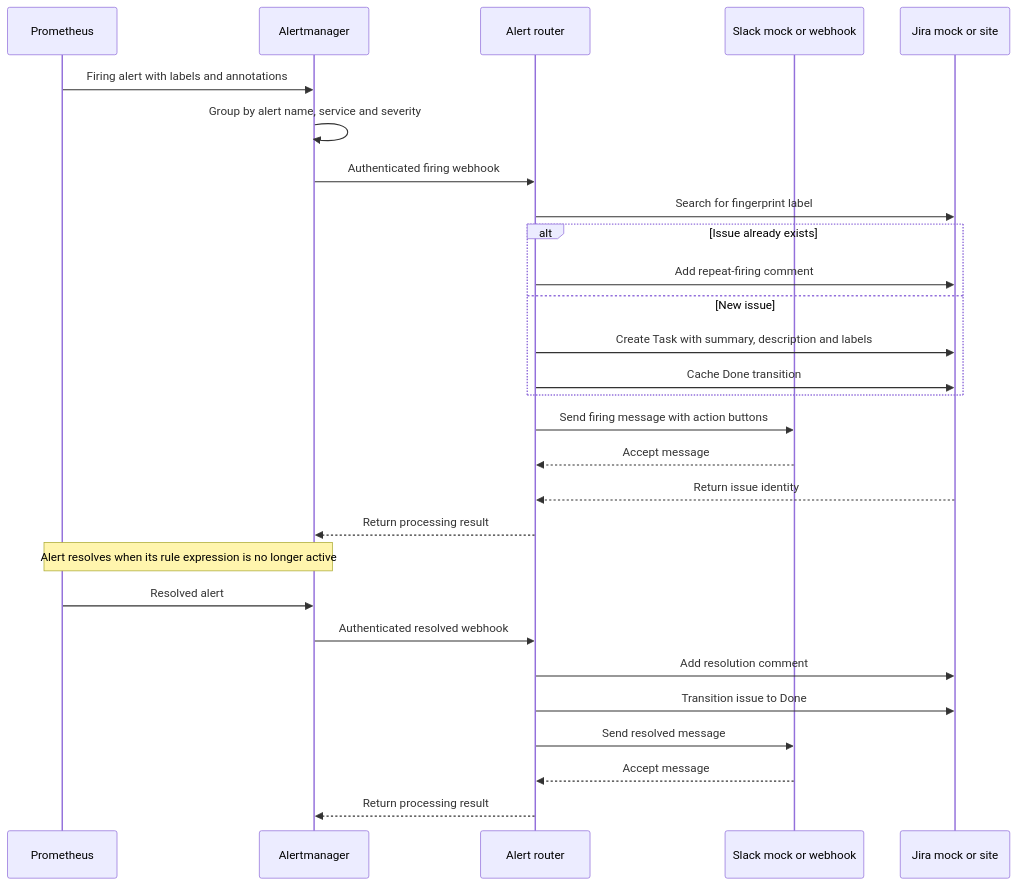
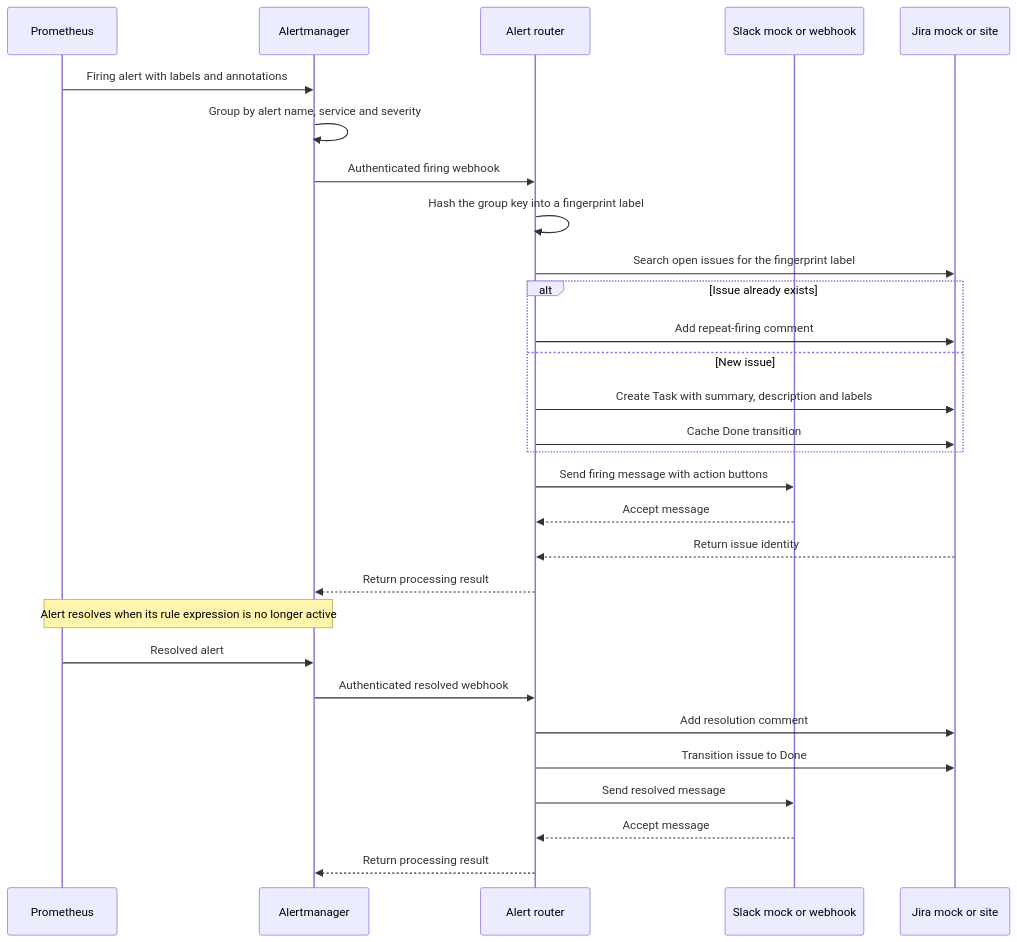
The diagram in docs/alerting-flow.md (siiick-brain/Cloudops-Sentinel), drawn with Mermaid before and after one commit. The commit also changed other lines of this file and 12 other files, not shown here.

````diff
--- a/docs/alerting-flow.md
+++ b/docs/alerting-flow.md
@@ -5,31 +5,32 @@
 ```mermaid
 sequenceDiagram
   participant P as Prometheus
   participant A as Alertmanager
   participant R as Alert router
   participant S as Slack mock or webhook
   participant J as Jira mock or site
 
   P->>A: Firing alert with labels and annotations
   A->>A: Group by alert name, service and severity
   A->>R: Authenticated firing webhook
-  R->>J: Search for fingerprint label
+  R->>R: Hash the group key into a fingerprint label
+  R->>J: Search open issues for the fingerprint label
   alt Issue already exists
     R->>J: Add repeat-firing comment
   else New issue
     R->>J: Create Task with summary, description and labels
     R->>J: Cache Done transition
   end
   R->>S: Send firing message with action buttons
   S-->>R: Accept message
   J-->>R: Return issue identity
   R-->>A: Return processing result
   Note over P,A: Alert resolves when its rule expression is no longer active
   P->>A: Resolved alert
   A->>R: Authenticated resolved webhook
   R->>J: Add resolution comment
   R->>J: Transition issue to Done
   R->>S: Send resolved message
   S-->>R: Accept message
   R-->>A: Return processing result
 ```
````
